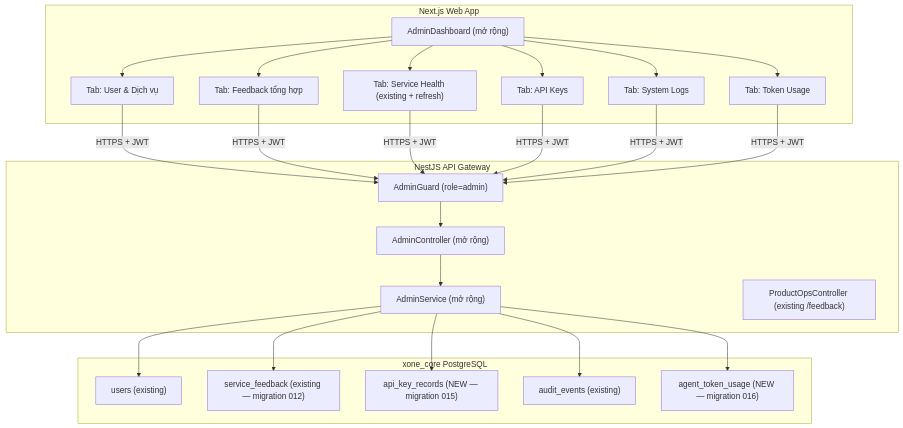
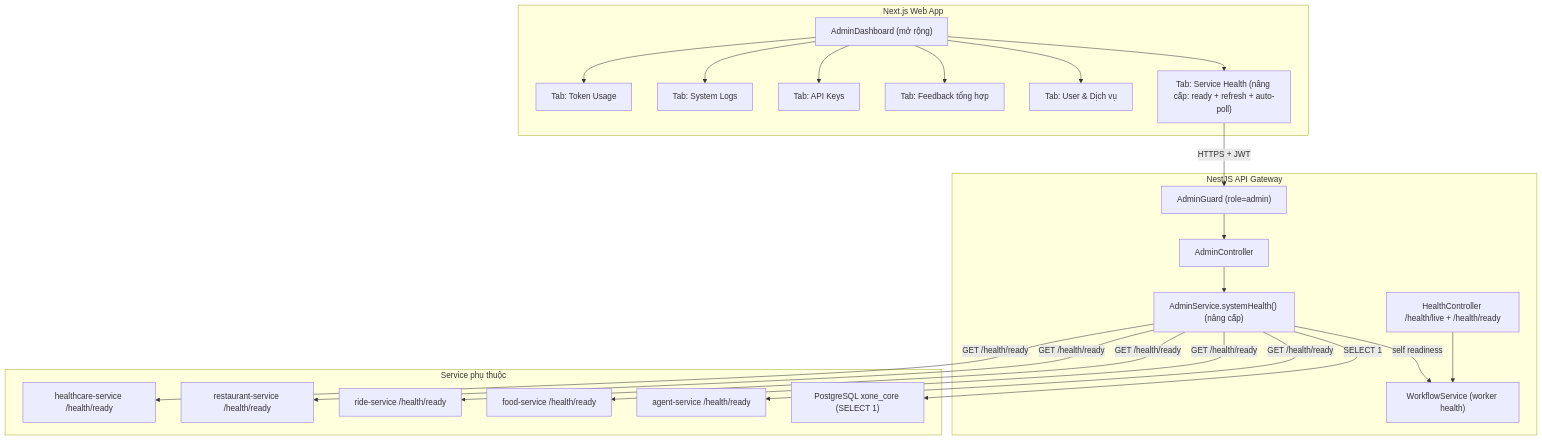
Before and after one commit to codecuatai/P-018: the diagram in docs/plan/admin-operations-plan.md, drawn with Mermaid. The commit also changed other lines of this file and 36 other files, not shown here.

Commit message:
fix: complete admin operations flow

````diff
--- a/docs/plan/admin-operations-plan.md
+++ b/docs/plan/admin-operations-plan.md
@@ -57,32 +113,37 @@
 ```mermaid
 flowchart TB
   subgraph Web["Next.js Web App"]
     AdminDash["AdminDashboard (mở rộng)"]
+    TabHealth["Tab: Service Health (nâng cấp: ready + refresh + auto-poll)"]
     TabUserSvc["Tab: User & Dịch vụ"]
     TabFeedback["Tab: Feedback tổng hợp"]
-    TabHealth["Tab: Service Health (existing + refresh)"]
     TabApiKeys["Tab: API Keys"]
     TabLogs["Tab: System Logs"]
     TabTokens["Tab: Token Usage"]
   end
 
   subgraph Gateway["NestJS API Gateway"]
-    AdminCtrl["AdminController (mở rộng)"]
+    AdminCtrl["AdminController"]
     AdminGuard["AdminGuard (role=admin)"]
-    AdminSvc["AdminService (mở rộng)"]
-    ProductOpsCtrl["ProductOpsController (existing /feedback)"]
+    AdminSvc["AdminService.systemHealth() (nâng cấp)"]
+    GwHealth["HealthController /health/live + /health/ready"]
+    Workflow["WorkflowService (worker health)"]
   end
 
-  subgraph DB["xone_core PostgreSQL"]
-    UsersTable["users (existing)"]
-    FeedbackTable["service_feedback (existing — migration 012)"]
-    ApiKeysTable["api_key_records (NEW — migration 015)"]
-    AuditTable["audit_events (existing)"]
-    TokenUsageTable["agent_token_usage (NEW — migration 016)"]
+  subgraph Downstream["Service phụ thuộc"]
+    Agent["agent-service /health/ready"]
+    Food["food-service /health/ready"]
+    Ride["ride-service /health/ready"]
+    Rest["restaurant-service /health/ready"]
+    Health["healthcare-service /health/ready"]
+    DB["PostgreSQL xone_core (SELECT 1)"]
   end
 
-  AdminDash --> TabUserSvc & TabFeedback & TabHealth & TabApiKeys & TabLogs & TabTokens
-  TabUserSvc & TabFeedback & TabHealth & TabApiKeys & TabLogs & TabTokens -->|HTTPS + JWT| AdminGuard
+  AdminDash --> TabHealth & TabUserSvc & TabFeedback & TabApiKeys & TabLogs & TabTokens
+  TabHealth -->|HTTPS + JWT| AdminGuard
   AdminGuard --> AdminCtrl --> AdminSvc
-  AdminSvc --> UsersTable & FeedbackTable & ApiKeysTable & AuditTable & TokenUsageTable
+  AdminSvc -->|self readiness| Workflow
+  AdminSvc -->|SELECT 1| DB
+  AdminSvc -->|GET /health/ready| Agent & Food & Ride & Rest & Health
+  GwHealth --> Workflow
 ```
````
